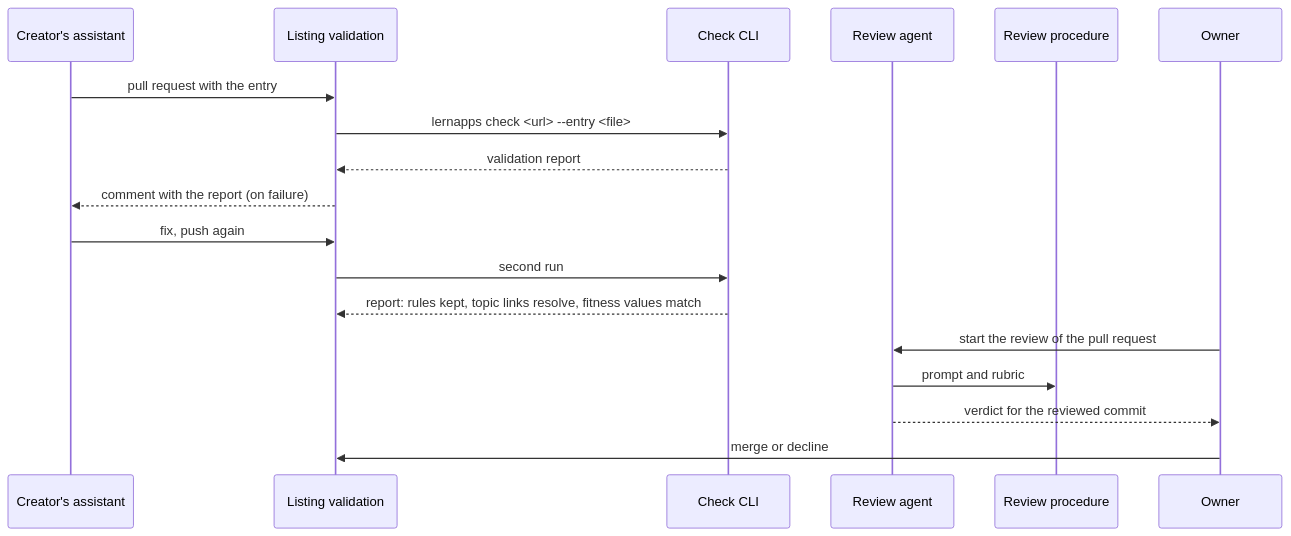
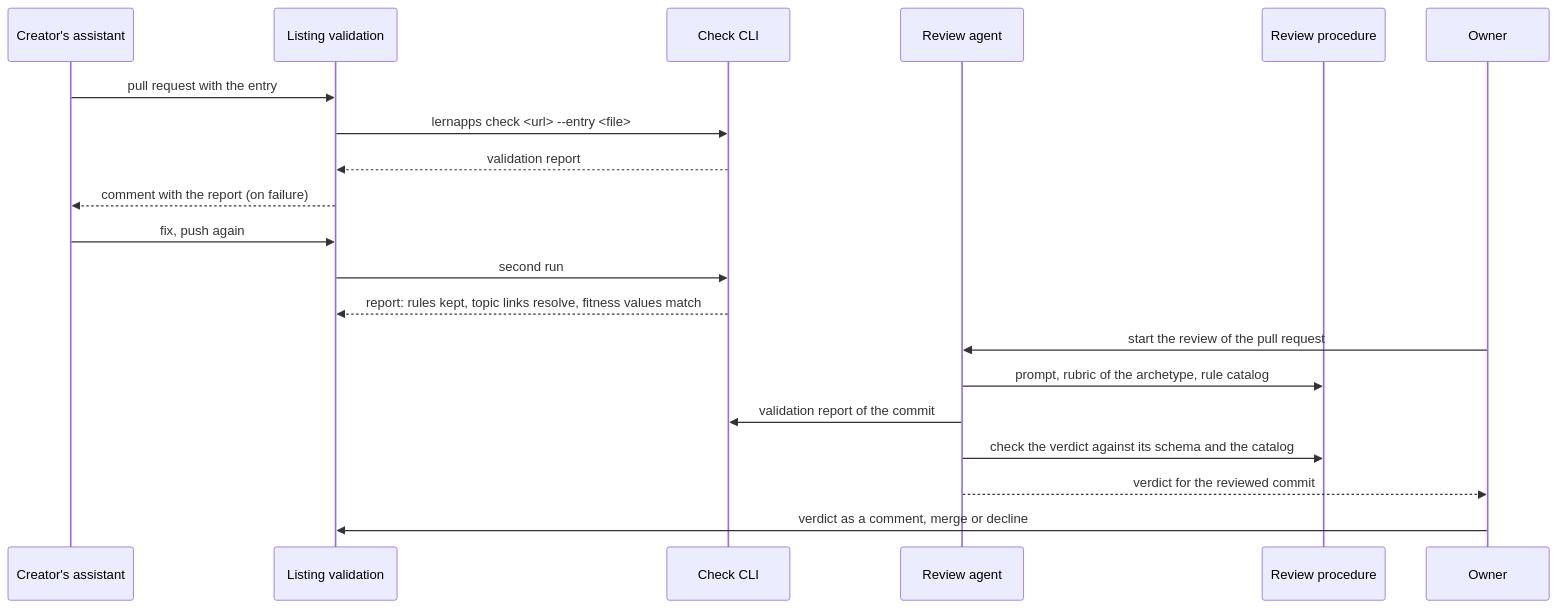
The third of 4 diagrams in docs/arc42/06-runtime-view.arc42.md (lernapps/tooling), drawn with Mermaid before and after one commit. The commit also changed other lines of this file and 29 other files, not shown here.

First line of the commit message:
feat(review): review procedure with prompt, rubric per archetype and verdict schema (#33)

````diff
--- a/docs/arc42/06-runtime-view.arc42.md
+++ b/docs/arc42/06-runtime-view.arc42.md
@@ -124,20 +126,22 @@
 ```mermaid
 sequenceDiagram
     participant assistant as Creator's assistant
     participant listing as Listing validation
     participant check as Check CLI
     participant review as Review agent
     participant procedure as Review procedure
     participant owner as Owner
     assistant->>listing: pull request with the entry
     listing->>check: lernapps check <url> --entry <file>
     check-->>listing: validation report
     listing-->>assistant: comment with the report (on failure)
     assistant->>listing: fix, push again
     listing->>check: second run
     check-->>listing: report: rules kept, topic links resolve, fitness values match
     owner->>review: start the review of the pull request
-    review->>procedure: prompt and rubric
+    review->>procedure: prompt, rubric of the archetype, rule catalog
+    review->>check: validation report of the commit
+    review->>procedure: check the verdict against its schema and the catalog
     review-->>owner: verdict for the reviewed commit
-    owner->>listing: merge or decline
+    owner->>listing: verdict as a comment, merge or decline
 ```
````
